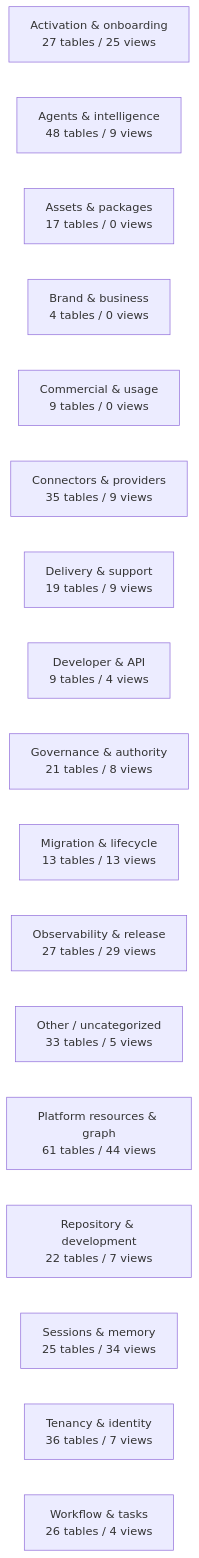
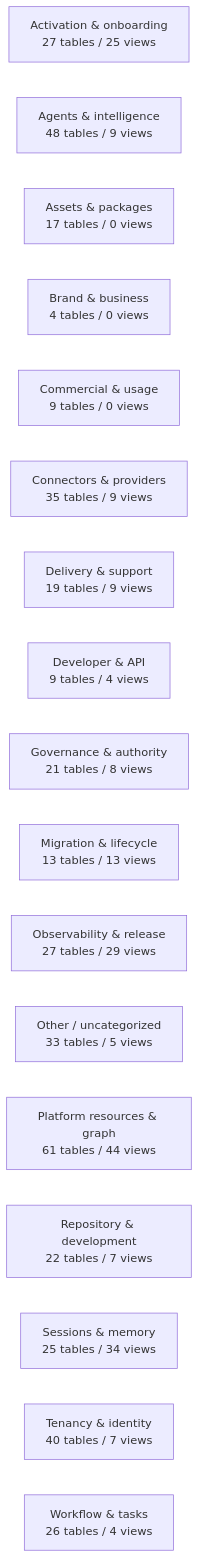
The diagram in docs/work-maps/data-model-domain-map.md (mad4bdigital-ai/multi-business-multi-role-growth-intelligence-os), drawn with Mermaid before and after one commit. The commit also changed other lines of this file and 3 other files, not shown here.

````diff
--- a/docs/work-maps/data-model-domain-map.md
+++ b/docs/work-maps/data-model-domain-map.md
@@ -9,20 +9,20 @@
 ```mermaid
 flowchart LR
   n_Activation___onboarding["Activation & onboarding<br/>27 tables / 25 views"]
   n_Agents___intelligence["Agents & intelligence<br/>48 tables / 9 views"]
   n_Assets___packages["Assets & packages<br/>17 tables / 0 views"]
   n_Brand___business["Brand & business<br/>4 tables / 0 views"]
   n_Commercial___usage["Commercial & usage<br/>9 tables / 0 views"]
   n_Connectors___providers["Connectors & providers<br/>35 tables / 9 views"]
   n_Delivery___support["Delivery & support<br/>19 tables / 9 views"]
   n_Developer___API["Developer & API<br/>9 tables / 4 views"]
   n_Governance___authority["Governance & authority<br/>21 tables / 8 views"]
   n_Migration___lifecycle["Migration & lifecycle<br/>13 tables / 13 views"]
   n_Observability___release["Observability & release<br/>27 tables / 29 views"]
   n_Other___uncategorized["Other / uncategorized<br/>33 tables / 5 views"]
   n_Platform_resources___graph["Platform resources & graph<br/>61 tables / 44 views"]
   n_Repository___development["Repository & development<br/>22 tables / 7 views"]
   n_Sessions___memory["Sessions & memory<br/>25 tables / 34 views"]
-  n_Tenancy___identity["Tenancy & identity<br/>36 tables / 7 views"]
+  n_Tenancy___identity["Tenancy & identity<br/>40 tables / 7 views"]
   n_Workflow___tasks["Workflow & tasks<br/>26 tables / 4 views"]
 ```
````
